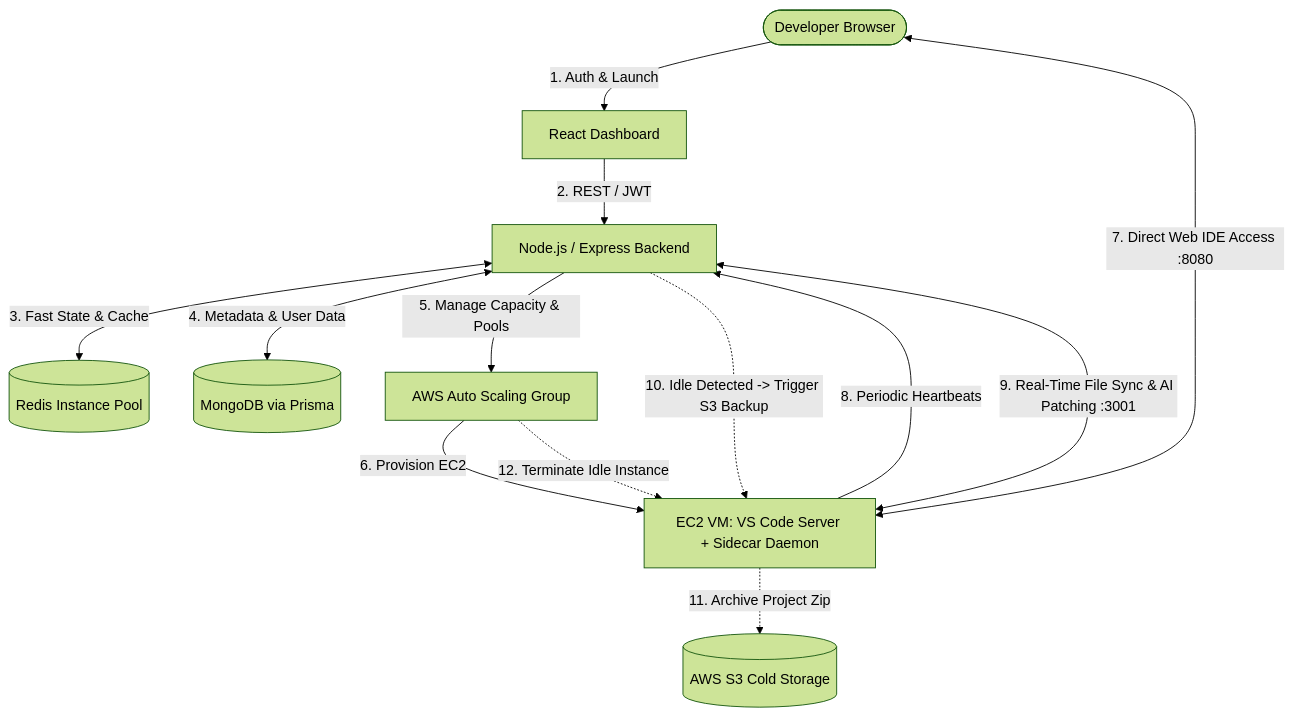
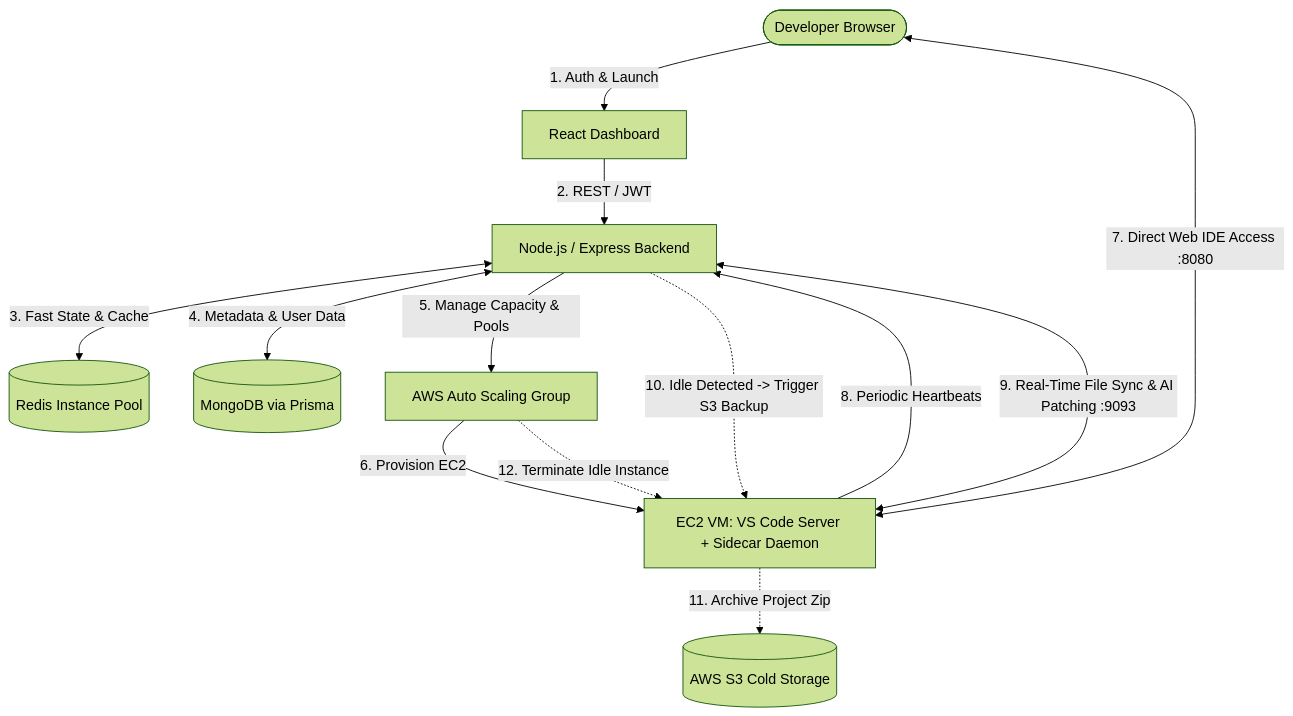
Before and after one commit to Brijesh-0106/Kanvas-Replit: the diagram in README.md, drawn with Mermaid (forest theme). The commit also changed other lines of this file and 1 other file, not shown here.

````diff
--- a/README.md
+++ b/README.md
@@ -61,15 +61,15 @@
 ```mermaid
 flowchart TD
     User([Developer Browser]) -->|1. Auth & Launch| FE[React Dashboard]
     FE -->|2. REST / JWT| BE[Node.js / Express Backend]
     BE <-->|3. Fast State & Cache| Redis[(Redis Instance Pool)]
     BE <-->|4. Metadata & User Data| DB[(MongoDB via Prisma)]
     BE -->|5. Manage Capacity & Pools| AWS_ASG[AWS Auto Scaling Group]
     AWS_ASG -->|6. Provision EC2| EC2[EC2 VM: VS Code Server + Sidecar Daemon]
     User <-->|7. Direct Web IDE Access :8080| EC2
     EC2 -->|8. Periodic Heartbeats| BE
-    EC2 <-->|9. Real-Time File Sync & AI Patching :3001| BE
+    EC2 <-->|9. Real-Time File Sync & AI Patching :9093| BE
     BE -.->|10. Idle Detected -> Trigger S3 Backup| EC2
     EC2 -.->|11. Archive Project Zip| S3[(AWS S3 Cold Storage)]
     AWS_ASG -.->|12. Terminate Idle Instance| EC2
 ```
````
